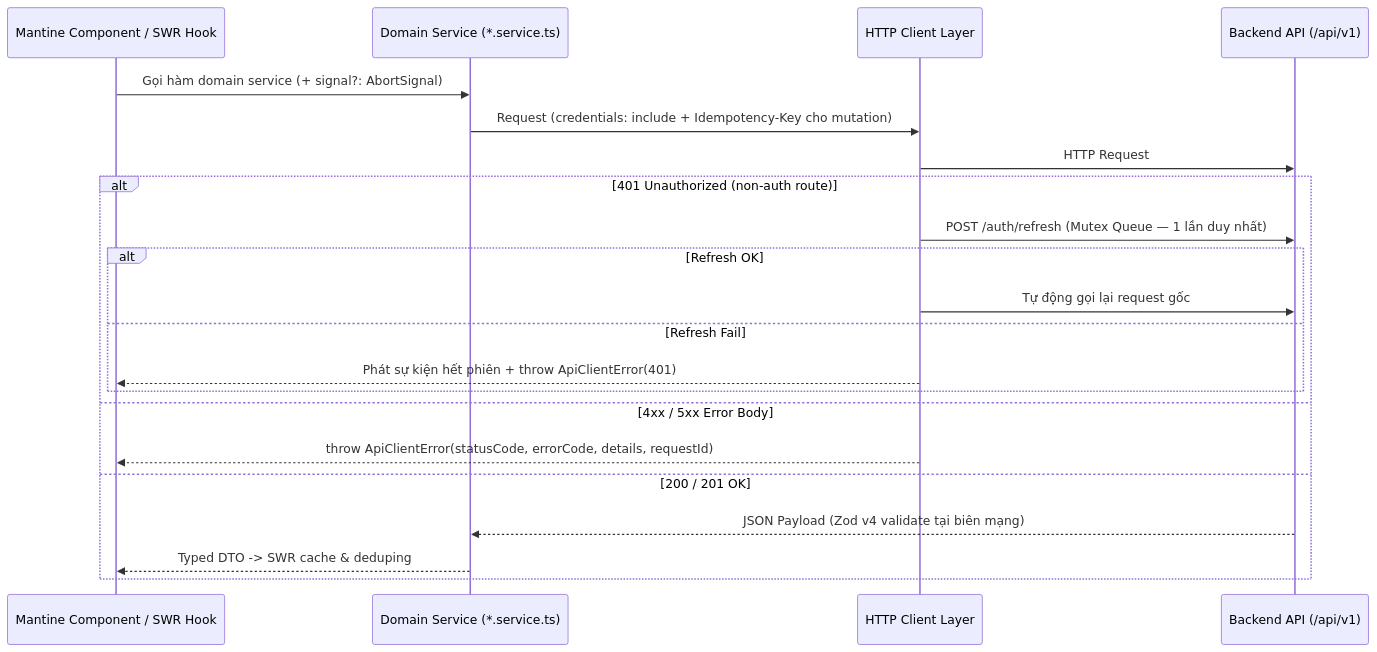
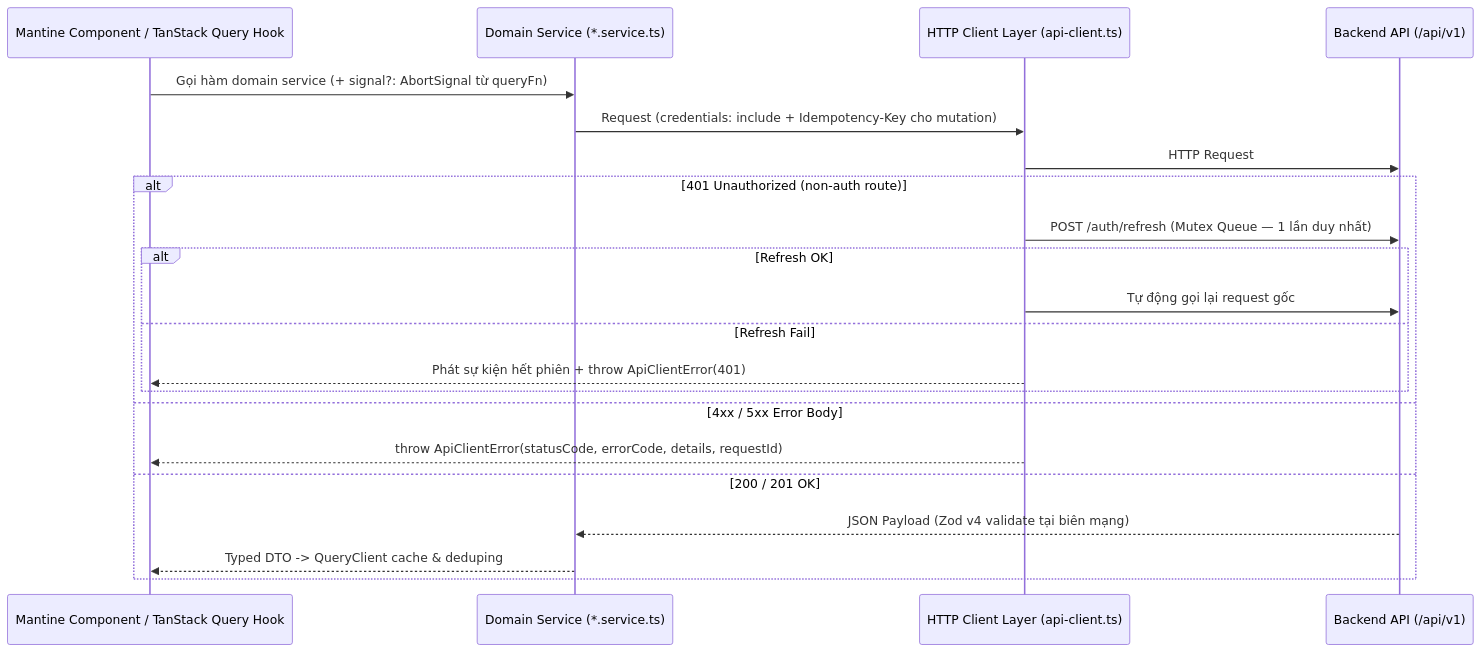
The diagram in client/docs/docs/03-quality-and-security/api-contracts-and-resilience.md (lethanhan01/interview-coach), drawn with Mermaid before and after one commit. The commit also changed other lines of this file and 18 other files, not shown here.

````diff
--- a/client/docs/docs/03-quality-and-security/api-contracts-and-resilience.md
+++ b/client/docs/docs/03-quality-and-security/api-contracts-and-resilience.md
@@ -32,24 +32,24 @@
 ```mermaid
 sequenceDiagram
-    participant UI as Mantine Component / SWR Hook
+    participant UI as Mantine Component / TanStack Query Hook
     participant Svc as Domain Service (*.service.ts)
-    participant Client as HTTP Client Layer
+    participant Client as HTTP Client Layer (api-client.ts)
     participant API as Backend API (/api/v1)
 
-    UI->>Svc: Gọi hàm domain service (+ signal?: AbortSignal)
+    UI->>Svc: Gọi hàm domain service (+ signal?: AbortSignal từ queryFn)
     Svc->>Client: Request (credentials: include + Idempotency-Key cho mutation)
     Client->>API: HTTP Request
     alt 401 Unauthorized (non-auth route)
         Client->>API: POST /auth/refresh (Mutex Queue — 1 lần duy nhất)
         alt Refresh OK
             Client->>API: Tự động gọi lại request gốc
         else Refresh Fail
             Client-->>UI: Phát sự kiện hết phiên + throw ApiClientError(401)
         end
     else 4xx / 5xx Error Body
         Client-->>UI: throw ApiClientError(statusCode, errorCode, details, requestId)
     else 200 / 201 OK
         API-->>Svc: JSON Payload (Zod v4 validate tại biên mạng)
-        Svc-->>UI: Typed DTO -> SWR cache & deduping
+        Svc-->>UI: Typed DTO -> QueryClient cache & deduping
     end
 ```
````
